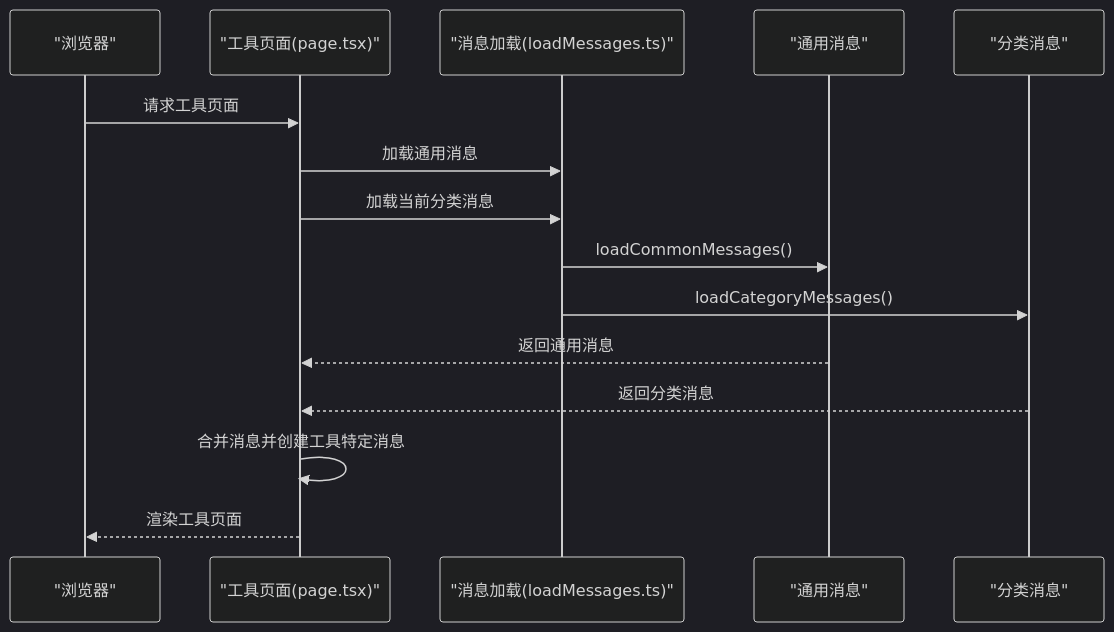
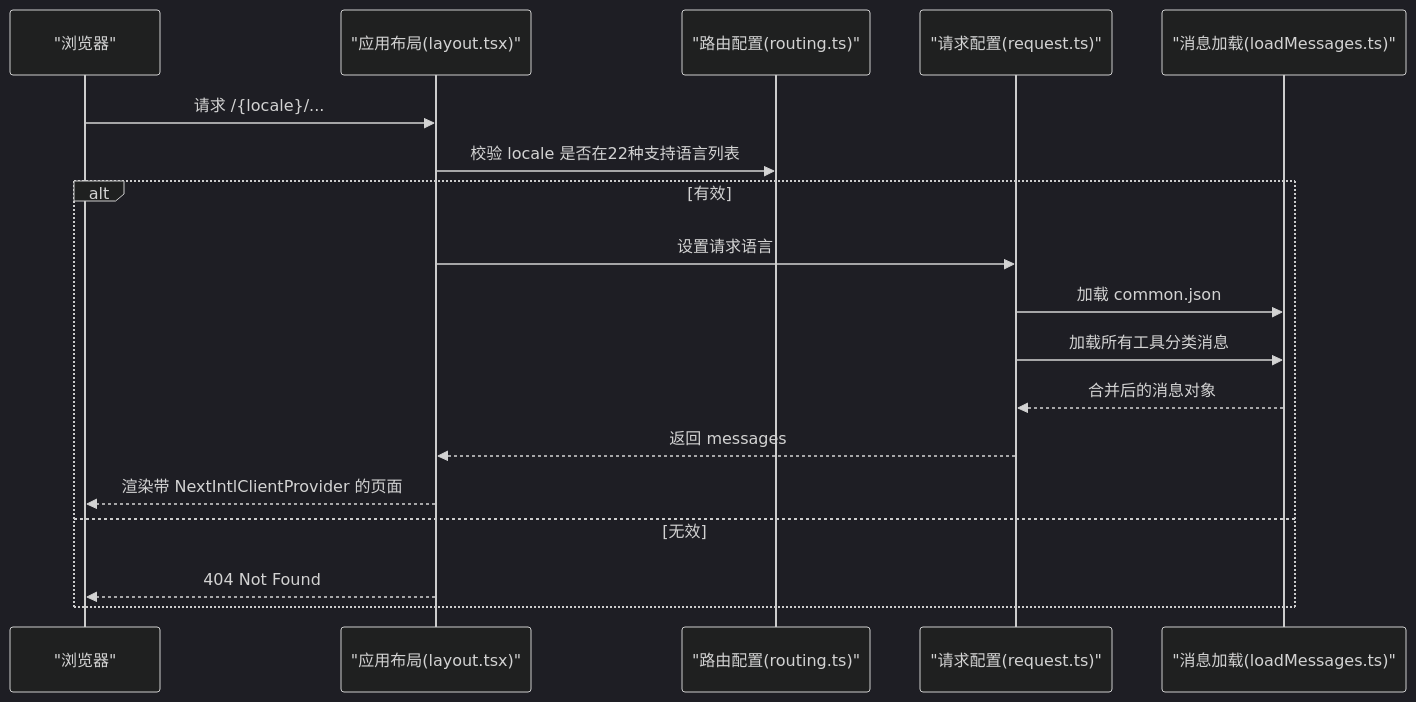
The second of 9 diagrams in .qoder/repowiki/zh/content/国际化系统.md (sgyy/privadeck), drawn with Mermaid (dark theme) before and after one commit. The commit also changed other lines of this file and 23 other files, not shown here.

````diff
--- a/.qoder/repowiki/zh/content/国际化系统.md
+++ b/.qoder/repowiki/zh/content/国际化系统.md
@@ -180,17 +153,20 @@
 ```mermaid
 sequenceDiagram
 participant Browser as "浏览器"
-participant ToolPage as "工具页面(page.tsx)"
-participant LoadMessages as "消息加载(loadMessages.ts)"
-participant CommonMsg as "通用消息"
-participant CategoryMsg as "分类消息"
-Browser->>ToolPage : 请求工具页面
-ToolPage->>LoadMessages : 加载通用消息
-ToolPage->>LoadMessages : 加载当前分类消息
-LoadMessages->>CommonMsg : loadCommonMessages()
-LoadMessages->>CategoryMsg : loadCategoryMessages()
-CommonMsg-->>ToolPage : 返回通用消息
-CategoryMsg-->>ToolPage : 返回分类消息
-ToolPage->>ToolPage : 合并消息并创建工具特定消息
-ToolPage-->>Browser : 渲染工具页面
+participant Layout as "应用布局(layout.tsx)"
+participant Routing as "路由配置(routing.ts)"
+participant RequestCfg as "请求配置(request.ts)"
+participant Messages as "消息加载(loadMessages.ts)"
+Browser->>Layout : 请求 /{locale}/...
+Layout->>Routing : 校验 locale 是否在22种支持语言列表
+alt 有效
+Layout->>RequestCfg : 设置请求语言
+RequestCfg->>Messages : 加载 common.json
+RequestCfg->>Messages : 加载所有工具分类消息
+Messages-->>RequestCfg : 合并后的消息对象
+RequestCfg-->>Layout : 返回 messages
+Layout-->>Browser : 渲染带 NextIntlClientProvider 的页面
+else 无效
+Layout-->>Browser : 404 Not Found
+end
 ```
````
